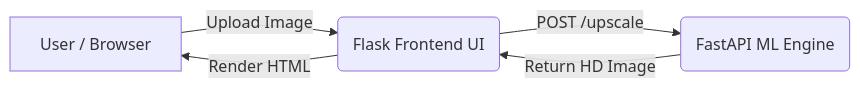
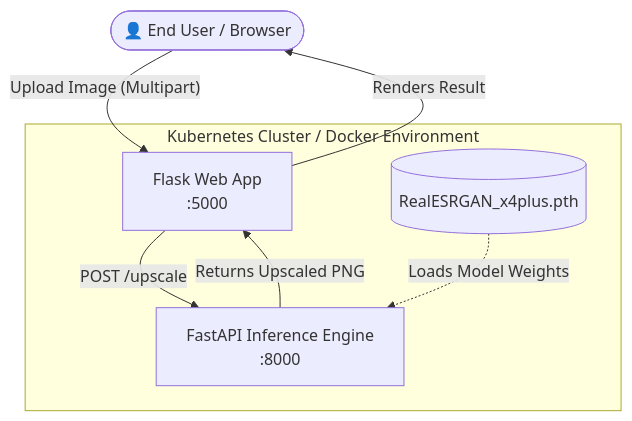
Before and after one commit to Arnav-Nehra28/image_upscallling_devops: the diagram in README.md, drawn with Mermaid. The commit also changed other lines of this file, not shown here.

````diff
--- a/README.md
+++ b/README.md
@@ -11,7 +20,16 @@
 ```mermaid
-graph LR
-    User[User / Browser] -->|Upload Image| Frontend(Flask Frontend UI)
-    Frontend -->|POST /upscale| MLBackend(FastAPI ML Engine)
-    MLBackend -->|Return HD Image| Frontend
-    Frontend -->|Render HTML| User
+graph TD
+    User([👤 End User / Browser])
+    
+    subgraph Kubernetes Cluster / Docker Environment
+        Frontend[Flask Web App<br/>:5000]
+        MLBackend[FastAPI Inference Engine<br/>:8000]
+        Model[(RealESRGAN_x4plus.pth)]
+    end
+
+    User -- "Upload Image (Multipart)" --> Frontend
+    Frontend -- "POST /upscale" --> MLBackend
+    Model -. "Loads Model Weights" .-> MLBackend
+    MLBackend -- "Returns Upscaled PNG" --> Frontend
+    Frontend -- "Renders Result" --> User
 ```
````
